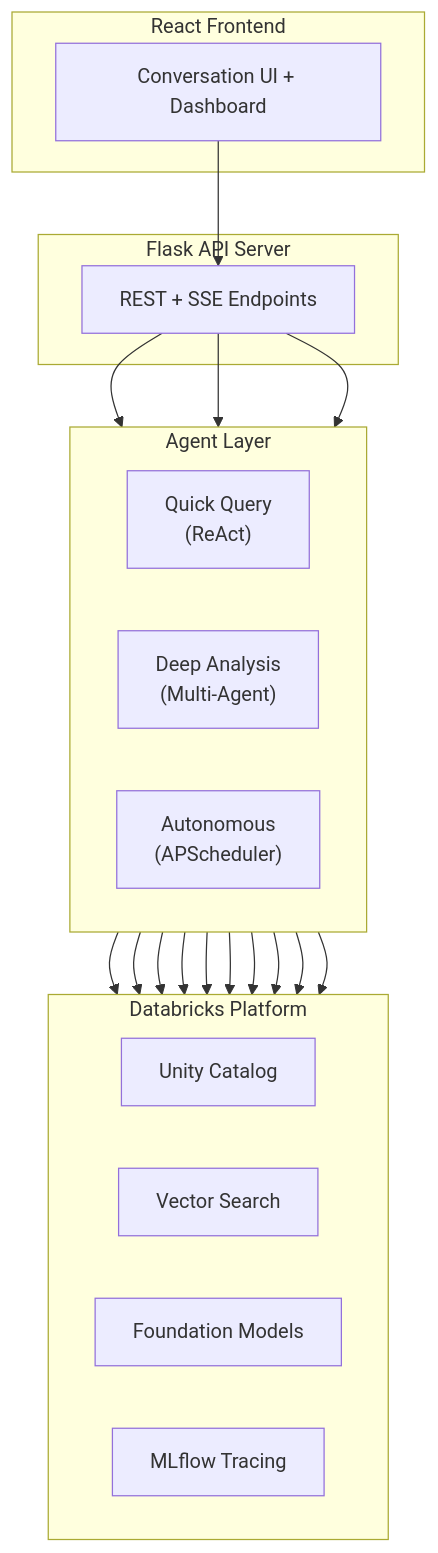
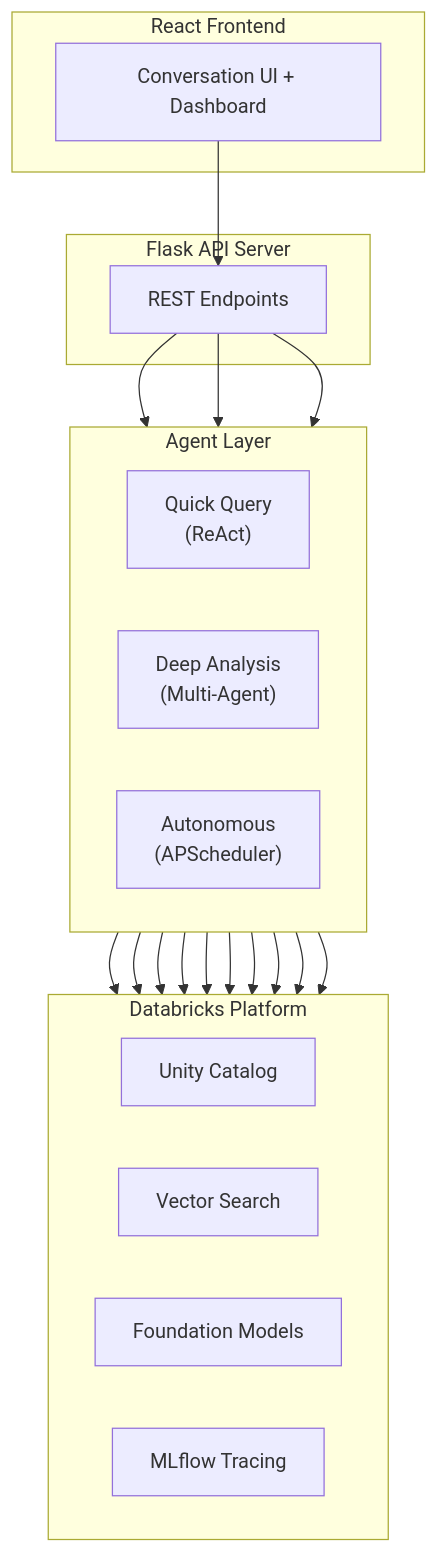
Before and after one commit to eliswanson-db/hopital_control_tower: the first of 4 diagrams in README.md, drawn with Mermaid. The commit also changed other lines of this file and 32 other files, not shown here.

Commit message:
upadting documentation and chart renderer

````diff
--- a/README.md
+++ b/README.md
@@ -77,30 +78,30 @@
 ```mermaid
 flowchart TB
     subgraph frontend [React Frontend]
         UI["Conversation UI + Dashboard"]
     end
 
     subgraph server [Flask API Server]
-        API["REST + SSE Endpoints"]
+        API["REST Endpoints"]
     end
 
     subgraph agents [Agent Layer]
         direction LR
         QQ["Quick Query\n(ReAct)"]
         DA["Deep Analysis\n(Multi-Agent)"]
         AU["Autonomous\n(APScheduler)"]
     end
 
     subgraph platform [Databricks Platform]
         direction LR
         UC["Unity Catalog"]
         VS["Vector Search"]
         FM["Foundation Models"]
         ML["MLflow Tracing"]
     end
 
     UI --> API
     API --> QQ & DA & AU
     QQ & DA & AU --> UC & VS & FM
     DA --> ML
 ```
````
